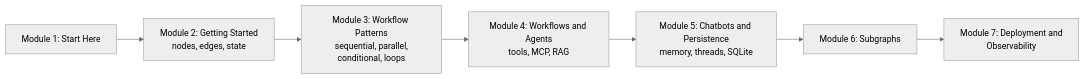
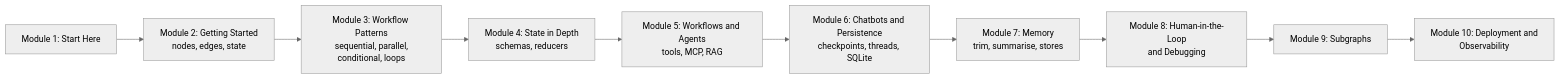
The diagram in courses/langgraph-complete-guide/01-start-here/how-this-course-works.md (sourabh1996/sourabh1996.github.io), drawn with Mermaid (neutral theme) before and after one commit. The commit also changed other lines of this file and 58 other files, not shown here.

````diff
--- a/courses/langgraph-complete-guide/01-start-here/how-this-course-works.md
+++ b/courses/langgraph-complete-guide/01-start-here/how-this-course-works.md
@@ -39,9 +42,12 @@
 ```mermaid
 flowchart LR
   A["Module 1: Start Here"] --> B["Module 2: Getting Started<br/>nodes, edges, state"]
   B --> C["Module 3: Workflow Patterns<br/>sequential, parallel,<br/>conditional, loops"]
-  C --> D["Module 4: Workflows and Agents<br/>tools, MCP, RAG"]
-  D --> E["Module 5: Chatbots and Persistence<br/>memory, threads, SQLite"]
-  E --> F["Module 6: Subgraphs"]
-  F --> G["Module 7: Deployment and<br/>Observability"]
+  C --> D["Module 4: State in Depth<br/>schemas, reducers"]
+  D --> E["Module 5: Workflows and Agents<br/>tools, MCP, RAG"]
+  E --> F["Module 6: Chatbots and Persistence<br/>checkpoints, threads, SQLite"]
+  F --> G["Module 7: Memory<br/>trim, summarise, stores"]
+  G --> H["Module 8: Human-in-the-Loop<br/>and Debugging"]
+  H --> I["Module 9: Subgraphs"]
+  I --> J["Module 10: Deployment and<br/>Observability"]
 ```
````
